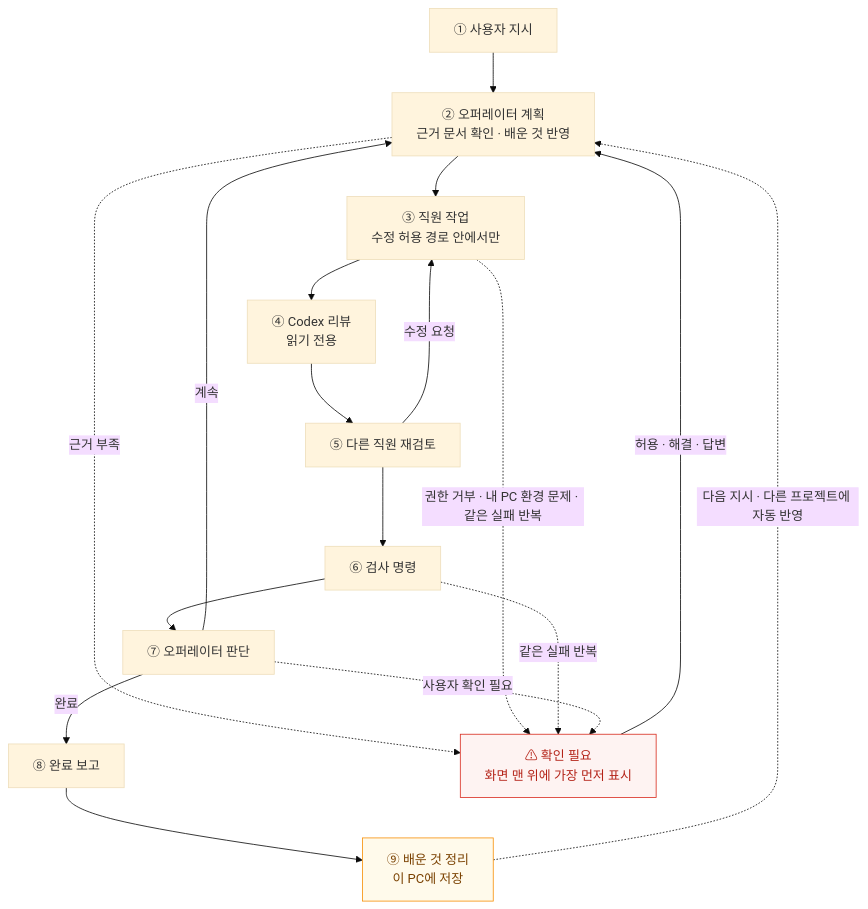
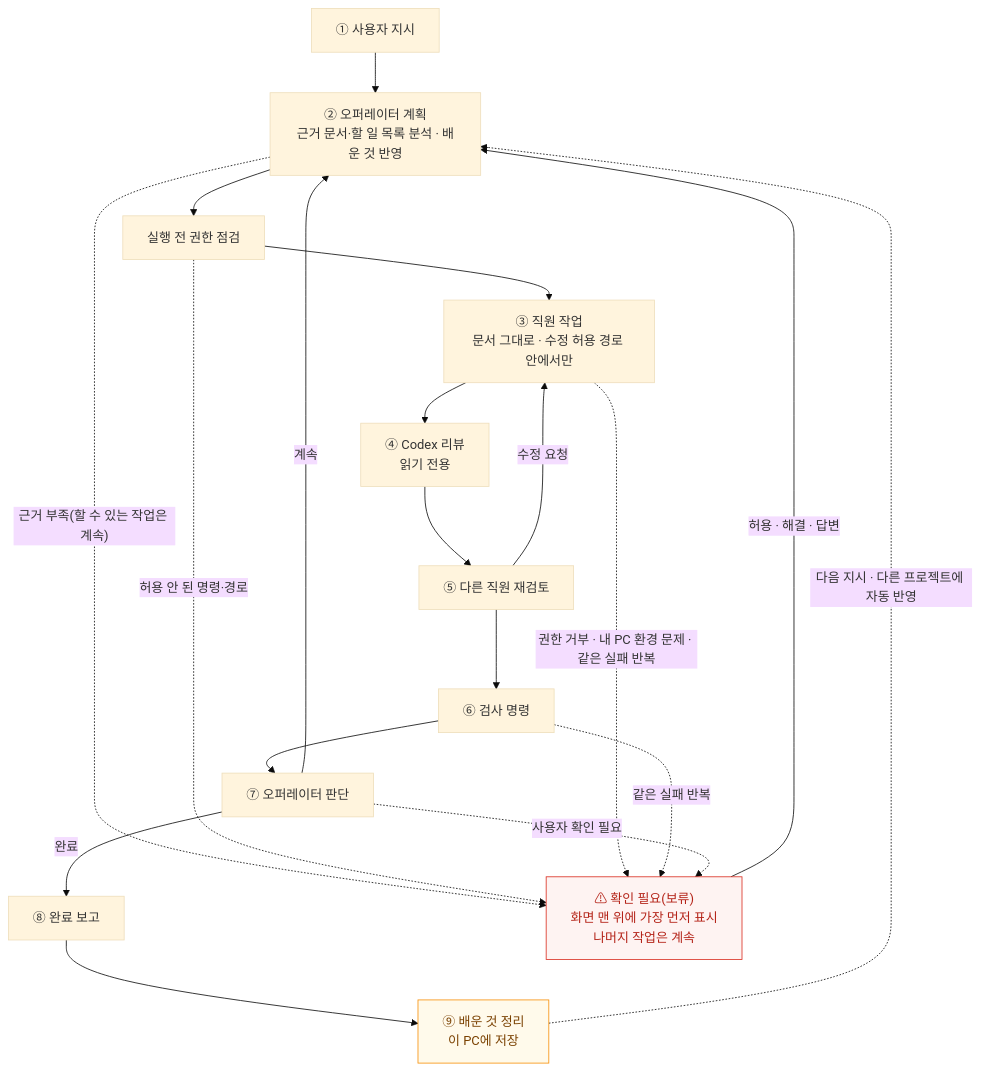
One commit to heum/crewgenai-agent-workspace changed the first of 2 diagrams in README.md. Above: the diagram before and after it, drawn with Mermaid (base theme). The commit also changed other lines of this file and 23 other files, not shown here.

````diff
--- a/README.md
+++ b/README.md
@@ -11,23 +11,25 @@
 ```mermaid
 flowchart TD
-  A["① 사용자 지시"] --> B["② 오퍼레이터 계획<br/>근거 문서 확인 · 배운 것 반영"]
-  B --> C["③ 직원 작업<br/>수정 허용 경로 안에서만"]
+  A["① 사용자 지시"] --> B["② 오퍼레이터 계획<br/>근거 문서·할 일 목록 분석 · 배운 것 반영"]
+  B --> P["실행 전 권한 점검"]
+  P --> C["③ 직원 작업<br/>문서 그대로 · 수정 허용 경로 안에서만"]
   C --> D["④ Codex 리뷰<br/>읽기 전용"]
   D --> E["⑤ 다른 직원 재검토"]
   E -- 수정 요청 --> C
   E --> F["⑥ 검사 명령"]
   F --> G["⑦ 오퍼레이터 판단"]
   G -- 계속 --> B
   G -- 완료 --> H["⑧ 완료 보고"]
-  B -. 근거 부족 .-> Q
+  B -. "근거 부족(할 수 있는 작업은 계속)" .-> Q
+  P -. 허용 안 된 명령·경로 .-> Q
   C -. "권한 거부 · 내 PC 환경 문제 · 같은 실패 반복" .-> Q
   F -. 같은 실패 반복 .-> Q
   G -. 사용자 확인 필요 .-> Q
-  Q["⚠ 확인 필요<br/>화면 맨 위에 가장 먼저 표시"] -- "허용 · 해결 · 답변" --> B
+  Q["⚠ 확인 필요(보류)<br/>화면 맨 위에 가장 먼저 표시<br/>나머지 작업은 계속"] -- "허용 · 해결 · 답변" --> B
   H --> L["⑨ 배운 것 정리<br/>이 PC에 저장"]
   L -. "다음 지시 · 다른 프로젝트에 자동 반영" .-> B
   classDef stop fill:#fef3f2,stroke:#d92d20,color:#b42318
   classDef learn fill:#fffaeb,stroke:#f79009,color:#7a4100
   class Q stop
   class L learn
 ```
````
